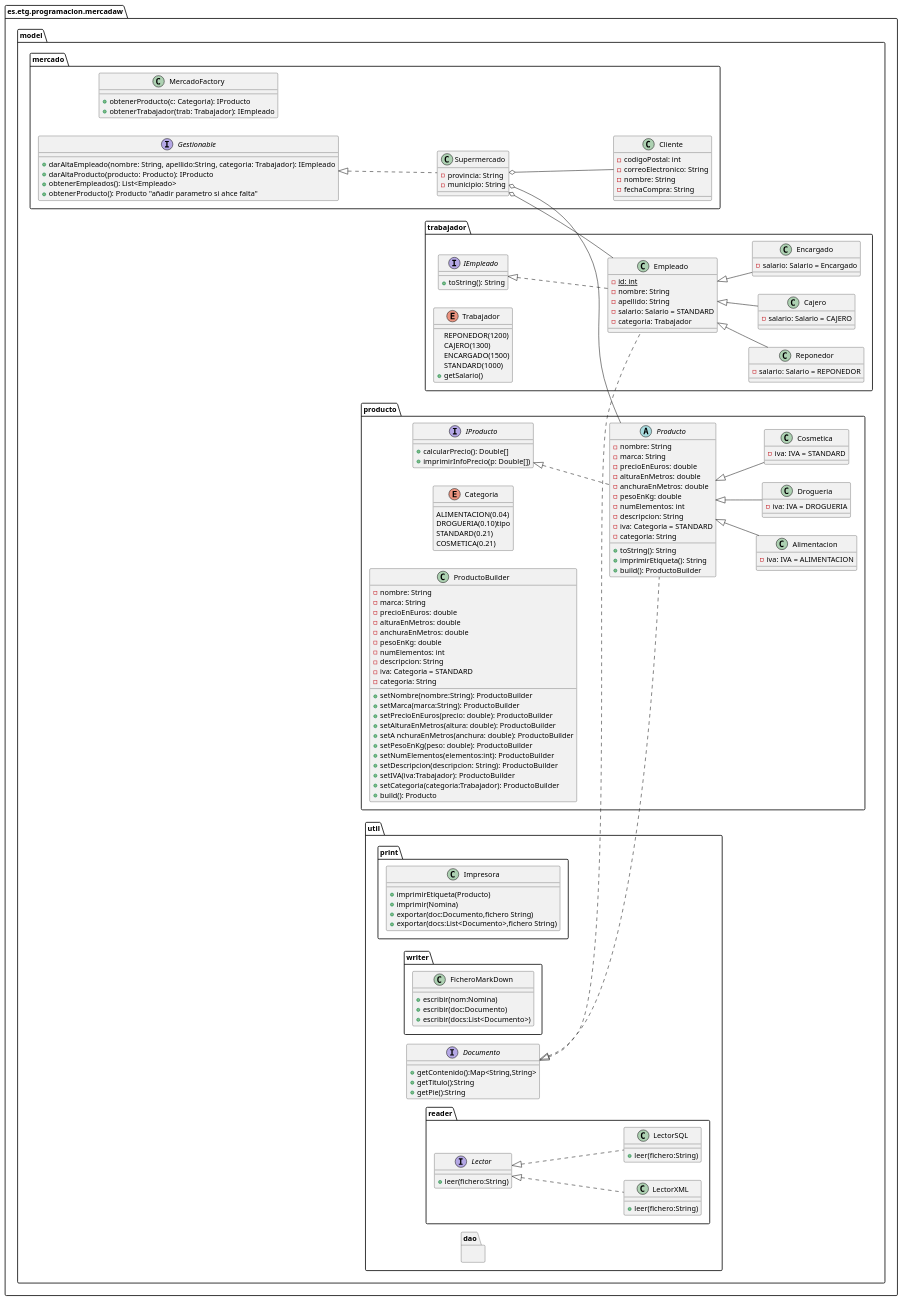
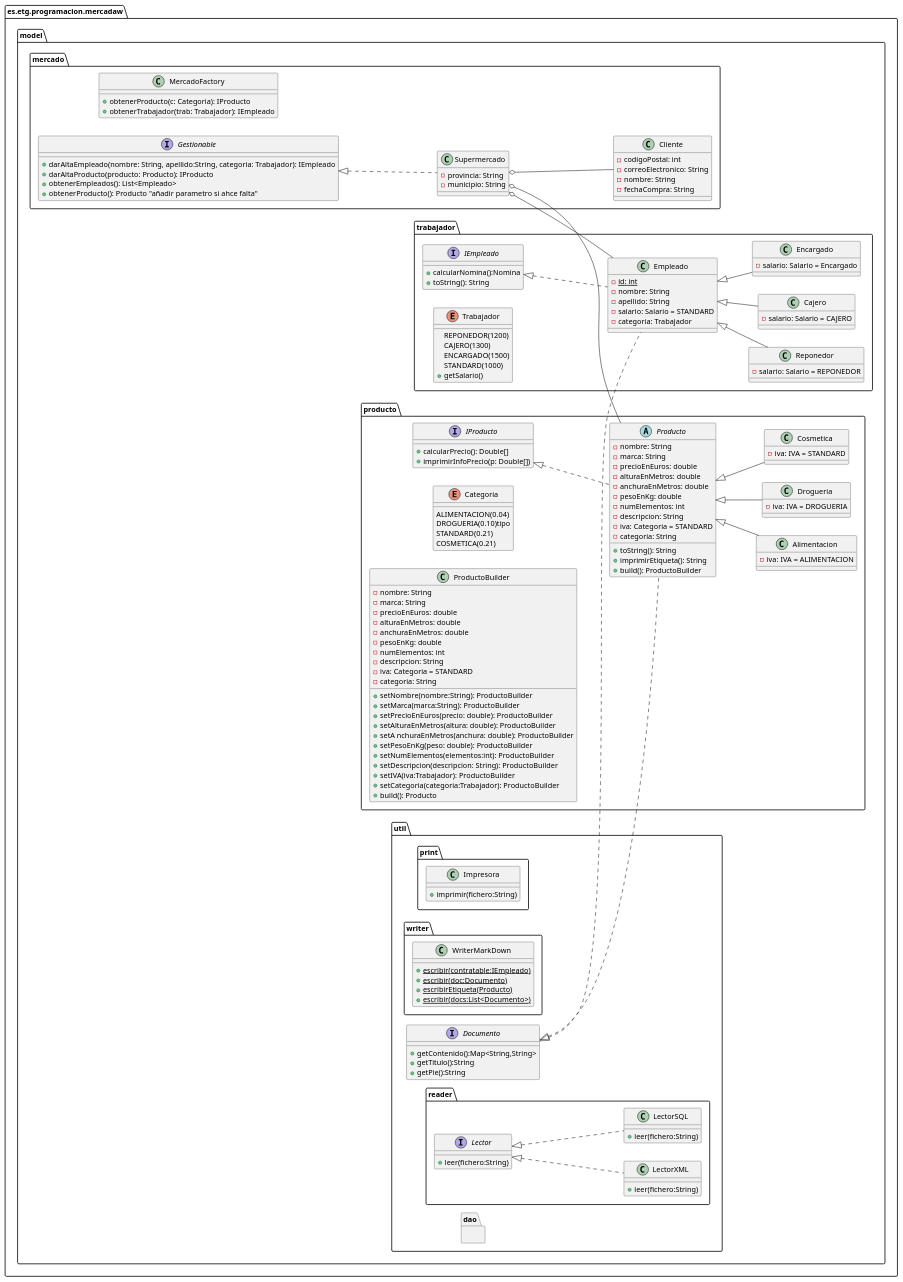
The first of 2 diagrams in design/DiagramaClases.pu (Edsonbs/MercaDAW), drawn with PlantUML before and after one commit. The commit also changed 1 other file, not shown here.

Commit message:
Adición DiagramaClases paquete util actualizacion1

```diff
--- a/design/DiagramaClases.pu
+++ b/design/DiagramaClases.pu
@@ -1,185 +1,184 @@
 @startuml Diagrama clases Mercado
 set separator none
 left to right direction
 package es.etg.programacion.mercadaw{
     package model{
         package mercado{
             class Supermercado{
                     -provincia: String
                     -municipio: String
             }       
 
             
             class Cliente{
                 -codigoPostal: int
                 -correoElectronico: String
                 -nombre: String
                 -fechaCompra: String
             }
             
             
             class MercadoFactory{
                 +obtenerProducto(c: Categoria): IProducto
                 +obtenerTrabajador(trab: Trabajador): IEmpleado
             }
             interface Gestionable{
                 +darAltaEmpleado(nombre: String, apellido:String, categoria: Trabajador): IEmpleado
                 +darAltaProducto(producto: Producto): IProducto
                 +obtenerEmpleados(): List<Empleado>
                 +obtenerProducto(): Producto "añadir parametro si ahce falta"
 
             }
         }
             package producto{
                 abstract Producto{
                     -nombre: String
                     -marca: String
                     -precioEnEuros: double
                     -alturaEnMetros: double
                     -anchuraEnMetros: double
                     -pesoEnKg: double
                     -numElementos: int
                     -descripcion: String
                     -iva: Categoria = STANDARD
                     -categoria: String
                     +toString(): String
                     +imprimirEtiqueta(): String
                     +build(): ProductoBuilder
                 }
 
                 interface IProducto{
                     +calcularPrecio(): Double[]
                     +imprimirInfoPrecio(p: Double[])
                 }
                 
                 class Alimentacion{
                     -iva: IVA = ALIMENTACION
                 }
                 class Drogueria{
                     -iva: IVA = DROGUERIA
                 }
 
                 class Cosmetica{
                     -iva: IVA = STANDARD
                 }
                 enum Categoria{
                 ALIMENTACION(0.04)
                 DROGUERIA(0.10)tipo
                 STANDARD(0.21)
                 COSMETICA(0.21)
 
                 }
                 class ProductoBuilder{
                 -nombre: String
                 -marca: String
                 -precioEnEuros: double
                 -alturaEnMetros: double
                 -anchuraEnMetros: double
                 -pesoEnKg: double
                 -numElementos: int
                 -descripcion: String
                 -iva: Categoria = STANDARD
                 -categoria: String
                 +setNombre(nombre:String): ProductoBuilder
                 +setMarca(marca:String): ProductoBuilder
                 +setPrecioEnEuros(precio: double): ProductoBuilder
                 +setAlturaEnMetros(altura: double): ProductoBuilder
                 +setA nchuraEnMetros(anchura: double): ProductoBuilder
                 +setPesoEnKg(peso: double): ProductoBuilder
                 +setNumElementos(elementos:int): ProductoBuilder
                 +setDescripcion(descripcion: String): ProductoBuilder
                 +setIVA(iva:Trabajador): ProductoBuilder
                 +setCategoria(categoria:Trabajador): ProductoBuilder
                 +build(): Producto
                 }
             }
             package trabajador{
                 class Empleado{
                     -{static} id: int
                     -nombre: String
                     -apellido: String
                     -salario: Salario = STANDARD
                     -categoria: Trabajador
                 }
                 class Reponedor{
                     -salario: Salario = REPONEDOR
                 }
                 class Cajero{
                     -salario: Salario = CAJERO
                 }
                 class Encargado{
                     -salario: Salario = Encargado
                 }
 
                 interface IEmpleado{
+                    +calcularNomina():Nomina
                     +toString(): String
                 }
                 enum Trabajador {
                     REPONEDOR(1200)
                     CAJERO(1300)
                     ENCARGADO(1500)
                     STANDARD(1000)
                     +getSalario()
                 }
             }
         
         package util{
             interface Documento{
                 +getContenido():Map<String,String>
                 +getTitulo():String
                 +getPie():String
             }
             package print{
                 class Impresora{
-                    +imprimirEtiqueta(Producto)
-                    +imprimir(Nomina)
-                    +exportar(doc:Documento,fichero String)
-                    +exportar(docs:List<Documento>,fichero String)
+                    +imprimir(fichero:String)
                 }
             }
             package writer{
-                class FicheroMarkDown{
-                    +escribir(nom:Nomina)
-                    +escribir(doc:Documento)
-                    +escribir(docs:List<Documento>)
+                class WriterMarkDown{
+                    +{static}escribir(contratable:IEmpleado)
+                    +{static}escribir(doc:Documento)
+                    +{static}escribirEtiqueta(Producto)
+                    +{static}escribir(docs:List<Documento>)
                 }
             }
             package reader{
                 interface Lector{
                     +leer(fichero:String)
                 }
                 class LectorXML{
                     +leer(fichero:String)
                 }
                 class LectorSQL{
                     +leer(fichero:String)
                 }
                 Lector <|.. LectorXML
                 Lector <|.. LectorSQL
             }
         Documento <|.. Producto
         Documento <|.. Empleado
         package dao{
              
         }
             
             
 
     }   
 }  
 
 Supermercado o-- Producto
 Supermercado o-- Empleado
 Supermercado o-- Cliente
 IProducto <|.. Producto
 Producto <|-- Alimentacion
 Producto <|-- Drogueria
 Producto <|-- Cosmetica
 Empleado <|-- Reponedor
 Empleado <|-- Cajero
 Empleado <|-- Encargado
 Gestionable <|.. Supermercado
 IEmpleado <|.. Empleado
 
 
 @enduml
```
